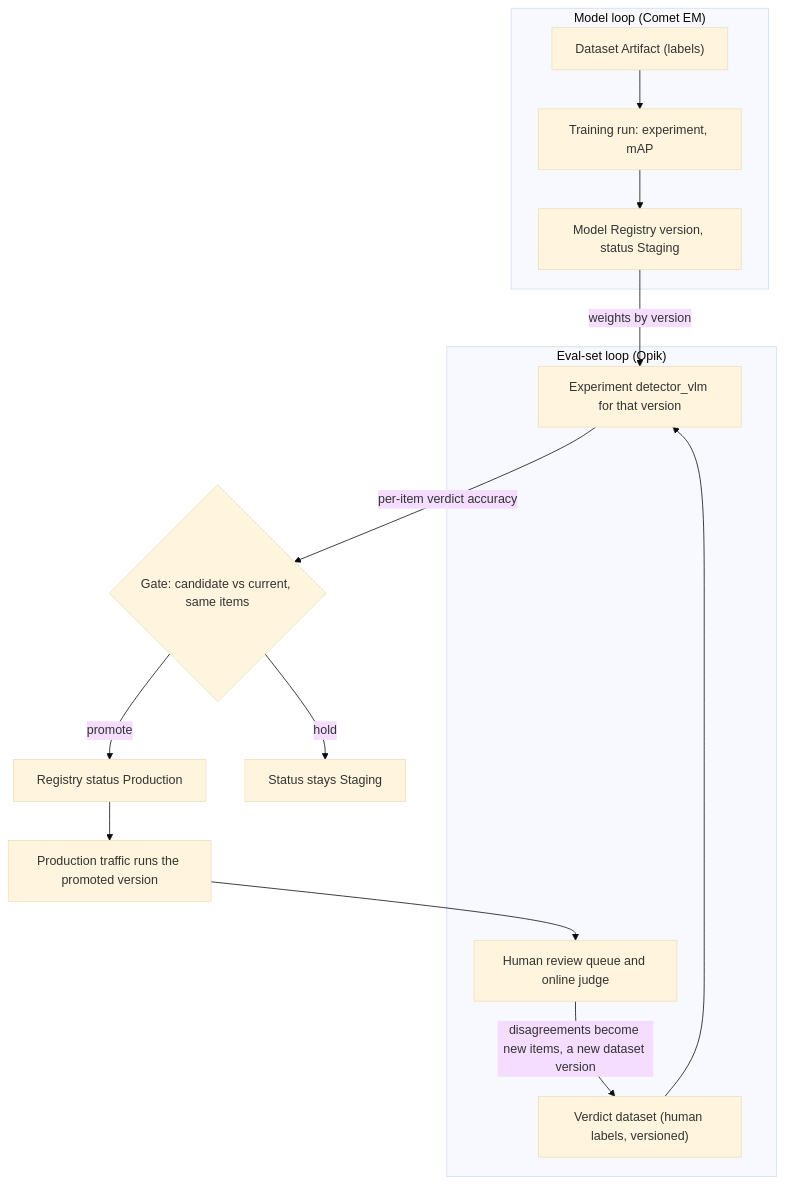
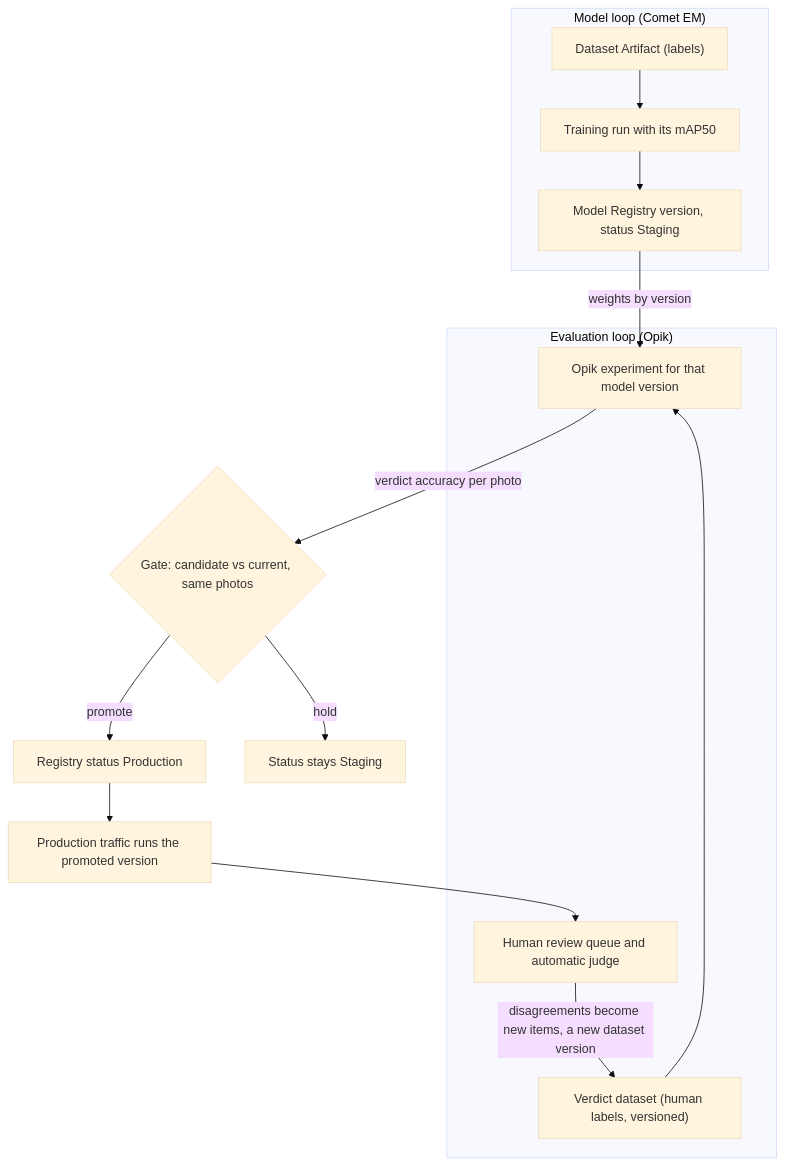
One commit to comet-ml/opik-examples changed the diagram in guides/em_to_opik_handoff/README.md. Above: the diagram before and after it, drawn with Mermaid (base theme). The commit also changed other lines of this file and 2 other files, not shown here.

First line of the commit message:
docs(em_to_opik_handoff): rewrite the README in plain English for readers new to the project

````diff
--- a/guides/em_to_opik_handoff/README.md
+++ b/guides/em_to_opik_handoff/README.md
@@ -64,24 +123,24 @@
 ```mermaid
 flowchart TB
     subgraph EM["Model loop (Comet EM)"]
         artifact["Dataset Artifact (labels)"]
-        training["Training run: experiment, mAP"]
+        training["Training run with its mAP50"]
         registry["Model Registry version, status Staging"]
         artifact --> training --> registry
     end
 
-    subgraph OPIK["Eval-set loop (Opik)"]
+    subgraph OPIK["Evaluation loop (Opik)"]
         dataset["Verdict dataset (human labels, versioned)"]
-        experiment["Experiment detector_vlm for that version"]
-        review["Human review queue and online judge"]
+        experiment["Opik experiment for that model version"]
+        review["Human review queue and automatic judge"]
         dataset --> experiment
         review -- "disagreements become new items, a new dataset version" --> dataset
     end
 
     registry -- "weights by version" --> experiment
-    experiment -- "per-item verdict accuracy" --> gate{"Gate: candidate vs current, same items"}
+    experiment -- "verdict accuracy per photo" --> gate{"Gate: candidate vs current, same photos"}
     gate -- "promote" --> production["Registry status Production"]
     gate -- "hold" --> staging["Status stays Staging"]
     production --> traffic["Production traffic runs the promoted version"]
     traffic --> review
 ```
````
